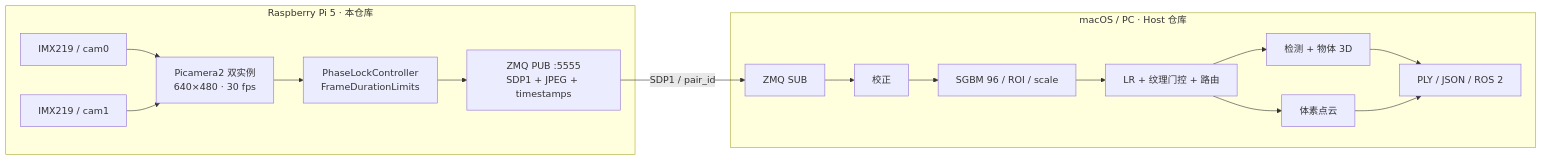
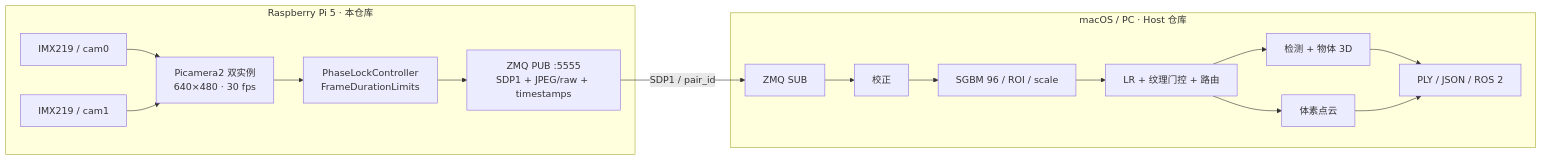
The diagram in README.md (zmmmawzfl/pi5-stereo-perception-edge), drawn with Mermaid before and after one commit. The commit also changed other lines of this file and 6 other files, not shown here.

Commit message:
feat: 添加视频载荷编码选项，支持 JPEG 和 raw_bgr8

````diff
--- a/README.md
+++ b/README.md
@@ -35,21 +35,21 @@
 ```mermaid
 flowchart LR
     subgraph Pi["Raspberry Pi 5 · 本仓库"]
         L[IMX219 / cam0] --> CAP[Picamera2 双实例<br/>640×480 · 30 fps]
         R[IMX219 / cam1] --> CAP
         CAP --> SYNC[PhaseLockController<br/>FrameDurationLimits]
-        SYNC --> PUB[ZMQ PUB :5555<br/>SDP1 + JPEG + timestamps]
+        SYNC --> PUB[ZMQ PUB :5555<br/>SDP1 + JPEG/raw + timestamps]
     end
 
     subgraph Host["macOS / PC · Host 仓库"]
         SUB[ZMQ SUB] --> RECT[校正]
         RECT --> SGBM[SGBM 96 / ROI / scale]
         SGBM --> FUSE[LR + 纹理门控 + 路由]
         FUSE --> OBJ[检测 + 物体 3D]
         FUSE --> CLOUD[体素点云]
         OBJ --> OUT[PLY / JSON / ROS 2]
         CLOUD --> OUT
     end
 
     PUB -->|SDP1 / pair_id| SUB
 ```
````
